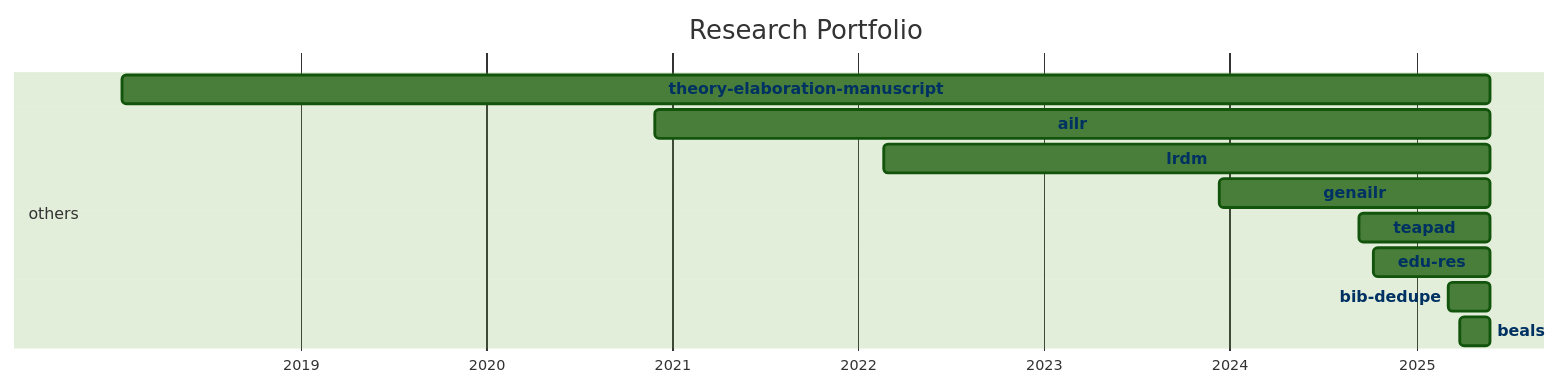
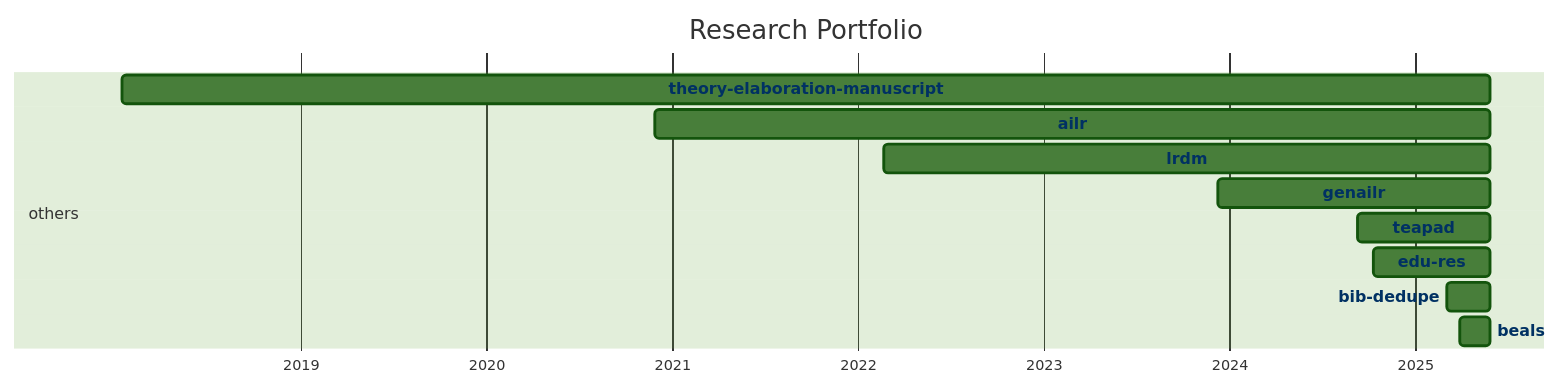
One commit to digital-work-lab/handbook changed the diagram in docs/20-research/25-projects-gantt.md. Above: the diagram before and after it, drawn with Mermaid (forest theme).

Commit message:
Update repository overview

````diff
--- a/docs/20-research/25-projects-gantt.md
+++ b/docs/20-research/25-projects-gantt.md
@@ -8,35 +8,35 @@
 ```mermaid
 ---
 displayMode: compact
 ---
 gantt
 title Research Portfolio
 dateFormat YYYY-MM-DD
 axisFormat %Y
 
     section work_practices
 
     section distributed_organizing
 
     section knowledge_synthesis
 
     section others
-        beals :beals, 2025-03-28, 2025-05-26
-        bib-dedupe :bib-dedupe, 2025-03-04, 2025-05-26
-        edu-res :edu-res, 2024-10-10, 2025-05-26
-        teapad :teapad, 2024-09-10, 2025-05-26
-        genailr :genailr, 2023-12-10, 2025-05-26
-        lrdm :lrdm, 2022-02-20, 2025-05-26
-        ailr :ailr, 2020-11-26, 2025-05-26
-        theory-elaboration-manuscript :theory-elaboration-manuscript, 2018-01-15, 2025-05-26
+        beals :beals, 2025-03-28, 2025-05-27
+        bib-dedupe :bib-dedupe, 2025-03-04, 2025-05-27
+        edu-res :edu-res, 2024-10-10, 2025-05-27
+        teapad :teapad, 2024-09-10, 2025-05-27
+        genailr :genailr, 2023-12-10, 2025-05-27
+        lrdm :lrdm, 2022-02-20, 2025-05-27
+        ailr :ailr, 2020-11-26, 2025-05-27
+        theory-elaboration-manuscript :theory-elaboration-manuscript, 2018-01-15, 2025-05-27
 
 
     click beals href "{{ site.baseurl }}/docs/20-research/25-projects/_repos/beals"
     click bib-dedupe href "{{ site.baseurl }}/docs/20-research/25-projects/_repos/bib-dedupe"
     click edu-res href "{{ site.baseurl }}/docs/20-research/25-projects/_repos/edu-res"
     click teapad href "{{ site.baseurl }}/docs/20-research/25-projects/_repos/teapad"
     click genailr href "{{ site.baseurl }}/docs/20-research/25-projects/_repos/genailr"
     click lrdm href "{{ site.baseurl }}/docs/20-research/25-projects/_repos/lrdm"
     click ailr href "{{ site.baseurl }}/docs/20-research/25-projects/_repos/ailr"
     click theory-elaboration-manuscript href "{{ site.baseurl }}/docs/20-research/25-projects/_repos/theory-elaboration-manuscript"
 ```
````
